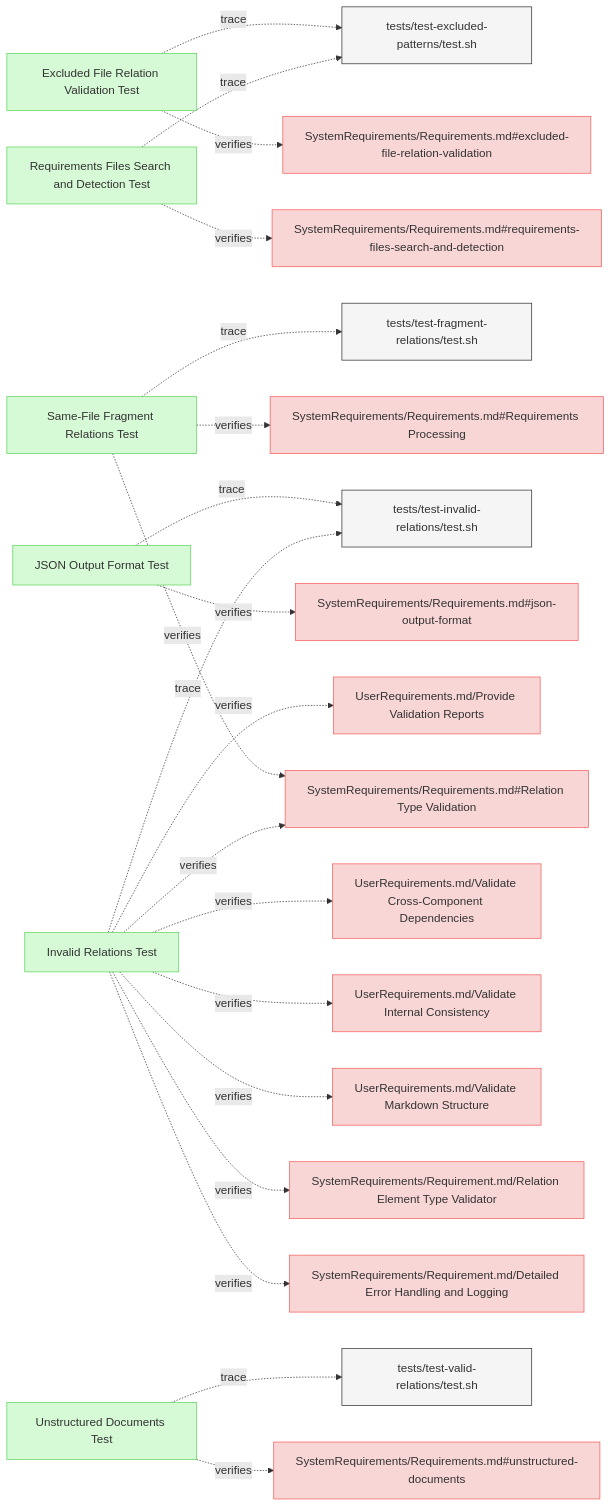
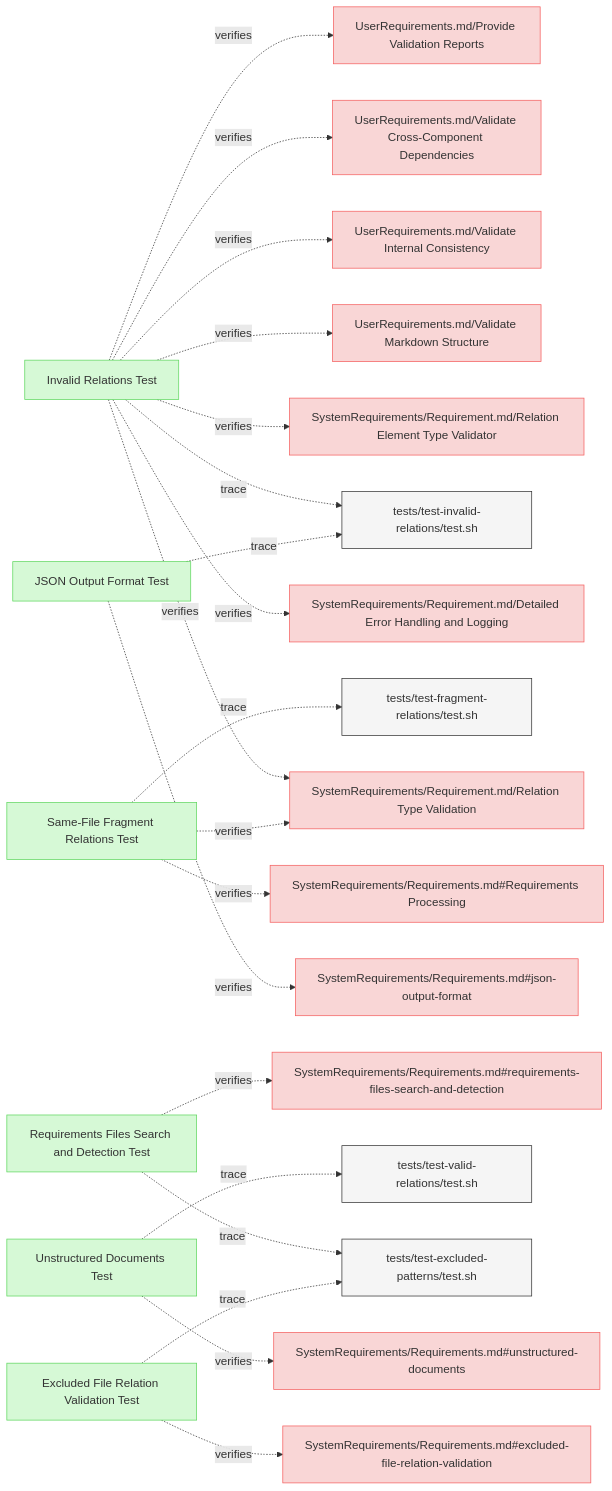
One commit to reqvire-org/reqvire changed the first of 2 diagrams in specifications/Verifications/ValidationTests.md. Above: the diagram before and after it, drawn with Mermaid. The commit also changed 15 other files, not shown here.

Commit message:
Linted and new diagrams generated.

````diff
--- a/specifications/Verifications/ValidationTests.md
+++ b/specifications/Verifications/ValidationTests.md
@@ -11,89 +11,89 @@
   classDef externalLink fill:#d0e0ff,stroke:#3080ff,stroke-width:1px;
   classDef default fill:#f5f5f5,stroke:#333333,stroke-width:1px;
 
+  a24c2f4208509008["Invalid Relations Test"];
+  click a24c2f4208509008 "https://github.com/Reqvire/reqvire/blob/b8c43d2689b933838bf1838d8a4cdf3393c9014f/specifications/Verifications/ValidationTests.md#invalid-relations-test";
+  class a24c2f4208509008 verification;
+  d72f6096b9a5dd8e["SystemRequirements/Requirement.md/Detailed Error Handling and Logging"];
+  class d72f6096b9a5dd8e requirement;
+  click d72f6096b9a5dd8e "https://github.com/Reqvire/reqvire/blob/b8c43d2689b933838bf1838d8a4cdf3393c9014f/specifications/SystemRequirements/Requirements.md#detailed-error-handling-and-logging";
+  a24c2f4208509008 -.->|verifies| d72f6096b9a5dd8e;
+  bff4e3e834a9ffcc["SystemRequirements/Requirement.md/Relation Type Validation"];
+  class bff4e3e834a9ffcc requirement;
+  click bff4e3e834a9ffcc "https://github.com/Reqvire/reqvire/blob/b8c43d2689b933838bf1838d8a4cdf3393c9014f/specifications/SystemRequirements/Requirements.md#relation-type-validation";
+  a24c2f4208509008 -.->|verifies| bff4e3e834a9ffcc;
+  774d12db509b4a55["SystemRequirements/Requirement.md/Relation Element Type Validator"];
+  class 774d12db509b4a55 requirement;
+  click 774d12db509b4a55 "https://github.com/Reqvire/reqvire/blob/b8c43d2689b933838bf1838d8a4cdf3393c9014f/specifications/SystemRequirements/Requirements.md#relation-element-type-validator";
+  a24c2f4208509008 -.->|verifies| 774d12db509b4a55;
+  7ec3cb7f400a2e8d["UserRequirements.md/Validate Markdown Structure"];
+  class 7ec3cb7f400a2e8d requirement;
+  click 7ec3cb7f400a2e8d "https://github.com/Reqvire/reqvire/blob/b8c43d2689b933838bf1838d8a4cdf3393c9014f/specifications/UserRequirements.md#validate-markdown-structure";
+  a24c2f4208509008 -.->|verifies| 7ec3cb7f400a2e8d;
+  f9182ad2999d989c["UserRequirements.md/Validate Internal Consistency"];
+  class f9182ad2999d989c requirement;
+  click f9182ad2999d989c "https://github.com/Reqvire/reqvire/blob/b8c43d2689b933838bf1838d8a4cdf3393c9014f/specifications/UserRequirements.md#validate-internal-consistency";
+  a24c2f4208509008 -.->|verifies| f9182ad2999d989c;
+  ee05a46627b568b7["UserRequirements.md/Validate Cross-Component Dependencies"];
+  class ee05a46627b568b7 requirement;
+  click ee05a46627b568b7 "https://github.com/Reqvire/reqvire/blob/b8c43d2689b933838bf1838d8a4cdf3393c9014f/specifications/UserRequirements.md#validate-cross-component-dependencies";
+  a24c2f4208509008 -.->|verifies| ee05a46627b568b7;
+  2d3cfde19fc6bb79["UserRequirements.md/Provide Validation Reports"];
+  class 2d3cfde19fc6bb79 requirement;
+  click 2d3cfde19fc6bb79 "https://github.com/Reqvire/reqvire/blob/b8c43d2689b933838bf1838d8a4cdf3393c9014f/specifications/UserRequirements.md#provide-validation-reports";
+  a24c2f4208509008 -.->|verifies| 2d3cfde19fc6bb79;
+  36d2b2cb50297425["tests/test-invalid-relations/test.sh"];
+  class 36d2b2cb50297425 default;
+  click 36d2b2cb50297425 "https://github.com/Reqvire/reqvire/blob/b8c43d2689b933838bf1838d8a4cdf3393c9014f/tests/test-invalid-relations/test.sh";
+  a24c2f4208509008 -.->|trace| 36d2b2cb50297425;
+  ec87ed0e04fcf5c6["JSON Output Format Test"];
+  click ec87ed0e04fcf5c6 "https://github.com/Reqvire/reqvire/blob/b8c43d2689b933838bf1838d8a4cdf3393c9014f/specifications/Verifications/ValidationTests.md#json-output-format-test";
+  class ec87ed0e04fcf5c6 verification;
+  bf6c9ff8abbc637b["SystemRequirements/Requirements.md#json-output-format"];
+  class bf6c9ff8abbc637b requirement;
+  click bf6c9ff8abbc637b "https://github.com/Reqvire/reqvire/blob/b8c43d2689b933838bf1838d8a4cdf3393c9014f/specifications/SystemRequirements/Requirements.md#json-output-format";
+  ec87ed0e04fcf5c6 -.->|verifies| bf6c9ff8abbc637b;
+  ec87ed0e04fcf5c6 -.->|trace| 36d2b2cb50297425;
+  51427eae92058e14["Same-File Fragment Relations Test"];
+  click 51427eae92058e14 "https://github.com/Reqvire/reqvire/blob/b8c43d2689b933838bf1838d8a4cdf3393c9014f/specifications/Verifications/ValidationTests.md#same-file-fragment-relations-test";
+  class 51427eae92058e14 verification;
+  51427eae92058e14 -.->|verifies| bff4e3e834a9ffcc;
+  f24f11691f55af62["SystemRequirements/Requirements.md#Requirements Processing"];
+  class f24f11691f55af62 requirement;
+  click f24f11691f55af62 "https://github.com/Reqvire/reqvire/blob/b8c43d2689b933838bf1838d8a4cdf3393c9014f/specifications/SystemRequirements/Requirements.md#requirements-processing";
+  51427eae92058e14 -.->|verifies| f24f11691f55af62;
+  a4c8929dc751b4b1["tests/test-fragment-relations/test.sh"];
+  class a4c8929dc751b4b1 default;
+  click a4c8929dc751b4b1 "https://github.com/Reqvire/reqvire/blob/b8c43d2689b933838bf1838d8a4cdf3393c9014f/tests/test-fragment-relations/test.sh";
+  51427eae92058e14 -.->|trace| a4c8929dc751b4b1;
+  5bf3bc3f9637ec2c["Requirements Files Search and Detection Test"];
+  click 5bf3bc3f9637ec2c "https://github.com/Reqvire/reqvire/blob/b8c43d2689b933838bf1838d8a4cdf3393c9014f/specifications/Verifications/ValidationTests.md#requirements-files-search-and-detection-test";
+  class 5bf3bc3f9637ec2c verification;
+  33b15634cbc8d029["SystemRequirements/Requirements.md#requirements-files-search-and-detection"];
+  class 33b15634cbc8d029 requirement;
+  click 33b15634cbc8d029 "https://github.com/Reqvire/reqvire/blob/b8c43d2689b933838bf1838d8a4cdf3393c9014f/specifications/SystemRequirements/Requirements.md#requirements-files-search-and-detection";
+  5bf3bc3f9637ec2c -.->|verifies| 33b15634cbc8d029;
+  ec11a68aa5b4bdc1["tests/test-excluded-patterns/test.sh"];
+  class ec11a68aa5b4bdc1 default;
+  click ec11a68aa5b4bdc1 "https://github.com/Reqvire/reqvire/blob/b8c43d2689b933838bf1838d8a4cdf3393c9014f/tests/test-excluded-patterns/test.sh";
+  5bf3bc3f9637ec2c -.->|trace| ec11a68aa5b4bdc1;
+  94776cf061319810["Unstructured Documents Test"];
+  click 94776cf061319810 "https://github.com/Reqvire/reqvire/blob/b8c43d2689b933838bf1838d8a4cdf3393c9014f/specifications/Verifications/ValidationTests.md#unstructured-documents-test";
+  class 94776cf061319810 verification;
+  3f1abb8fd2d7c9c2["SystemRequirements/Requirements.md#unstructured-documents"];
+  class 3f1abb8fd2d7c9c2 requirement;
+  click 3f1abb8fd2d7c9c2 "https://github.com/Reqvire/reqvire/blob/b8c43d2689b933838bf1838d8a4cdf3393c9014f/specifications/SystemRequirements/Requirements.md#unstructured-documents";
+  94776cf061319810 -.->|verifies| 3f1abb8fd2d7c9c2;
+  7cf643f1c1578783["tests/test-valid-relations/test.sh"];
+  class 7cf643f1c1578783 default;
+  click 7cf643f1c1578783 "https://github.com/Reqvire/reqvire/blob/b8c43d2689b933838bf1838d8a4cdf3393c9014f/tests/test-valid-relations/test.sh";
+  94776cf061319810 -.->|trace| 7cf643f1c1578783;
   19bbc820b0234421["Excluded File Relation Validation Test"];
-  click 19bbc820b0234421 "https://github.com/Reqvire/reqvire/blob/f18e52f9f88c64f67a79abc4e93eb74b3ec22615/specifications/Verifications/ValidationTests.md#excluded-file-relation-validation-test";
+  click 19bbc820b0234421 "https://github.com/Reqvire/reqvire/blob/b8c43d2689b933838bf1838d8a4cdf3393c9014f/specifications/Verifications/ValidationTests.md#excluded-file-relation-validation-test";
   class 19bbc820b0234421 verification;
   3871ef72a30780e5["SystemRequirements/Requirements.md#excluded-file-relation-validation"];
   class 3871ef72a30780e5 requirement;
-  click 3871ef72a30780e5 "https://github.com/Reqvire/reqvire/blob/f18e52f9f88c64f67a79abc4e93eb74b3ec22615/specifications/SystemRequirements/Requirements.md#excluded-file-relation-validation";
+  click 3871ef72a30780e5 "https://github.com/Reqvire/reqvire/blob/b8c43d2689b933838bf1838d8a4cdf3393c9014f/specifications/SystemRequirements/Requirements.md#excluded-file-relation-validation";
   19bbc820b0234421 -.->|verifies| 3871ef72a30780e5;
-  ec11a68aa5b4bdc1["tests/test-excluded-patterns/test.sh"];
-  class ec11a68aa5b4bdc1 default;
-  click ec11a68aa5b4bdc1 "https://github.com/Reqvire/reqvire/blob/f18e52f9f88c64f67a79abc4e93eb74b3ec22615/tests/test-excluded-patterns/test.sh";
   19bbc820b0234421 -.->|trace| ec11a68aa5b4bdc1;
-  ec87ed0e04fcf5c6["JSON Output Format Test"];
-  click ec87ed0e04fcf5c6 "https://github.com/Reqvire/reqvire/blob/f18e52f9f88c64f67a79abc4e93eb74b3ec22615/specifications/Verifications/ValidationTests.md#json-output-format-test";
-  class ec87ed0e04fcf5c6 verification;
-  bf6c9ff8abbc637b["SystemRequirements/Requirements.md#json-output-format"];
-  class bf6c9ff8abbc637b requirement;
-  click bf6c9ff8abbc637b "https://github.com/Reqvire/reqvire/blob/f18e52f9f88c64f67a79abc4e93eb74b3ec22615/specifications/SystemRequirements/Requirements.md#json-output-format";
-  ec87ed0e04fcf5c6 -.->|verifies| bf6c9ff8abbc637b;
-  36d2b2cb50297425["tests/test-invalid-relations/test.sh"];
-  class 36d2b2cb50297425 default;
-  click 36d2b2cb50297425 "https://github.com/Reqvire/reqvire/blob/f18e52f9f88c64f67a79abc4e93eb74b3ec22615/tests/test-invalid-relations/test.sh";
-  ec87ed0e04fcf5c6 -.->|trace| 36d2b2cb50297425;
-  51427eae92058e14["Same-File Fragment Relations Test"];
-  click 51427eae92058e14 "https://github.com/Reqvire/reqvire/blob/f18e52f9f88c64f67a79abc4e93eb74b3ec22615/specifications/Verifications/ValidationTests.md#same-file-fragment-relations-test";
-  class 51427eae92058e14 verification;
-  bff4e3e834a9ffcc["SystemRequirements/Requirements.md#Relation Type Validation"];
-  class bff4e3e834a9ffcc requirement;
-  click bff4e3e834a9ffcc "https://github.com/Reqvire/reqvire/blob/f18e52f9f88c64f67a79abc4e93eb74b3ec22615/specifications/SystemRequirements/Requirements.md#relation-type-validation";
-  51427eae92058e14 -.->|verifies| bff4e3e834a9ffcc;
-  f24f11691f55af62["SystemRequirements/Requirements.md#Requirements Processing"];
-  class f24f11691f55af62 requirement;
-  click f24f11691f55af62 "https://github.com/Reqvire/reqvire/blob/f18e52f9f88c64f67a79abc4e93eb74b3ec22615/specifications/SystemRequirements/Requirements.md#requirements-processing";
-  51427eae92058e14 -.->|verifies| f24f11691f55af62;
-  a4c8929dc751b4b1["tests/test-fragment-relations/test.sh"];
-  class a4c8929dc751b4b1 default;
-  click a4c8929dc751b4b1 "https://github.com/Reqvire/reqvire/blob/f18e52f9f88c64f67a79abc4e93eb74b3ec22615/tests/test-fragment-relations/test.sh";
-  51427eae92058e14 -.->|trace| a4c8929dc751b4b1;
-  a24c2f4208509008["Invalid Relations Test"];
-  click a24c2f4208509008 "https://github.com/Reqvire/reqvire/blob/f18e52f9f88c64f67a79abc4e93eb74b3ec22615/specifications/Verifications/ValidationTests.md#invalid-relations-test";
-  class a24c2f4208509008 verification;
-  d72f6096b9a5dd8e["SystemRequirements/Requirement.md/Detailed Error Handling and Logging"];
-  class d72f6096b9a5dd8e requirement;
-  click d72f6096b9a5dd8e "https://github.com/Reqvire/reqvire/blob/f18e52f9f88c64f67a79abc4e93eb74b3ec22615/specifications/SystemRequirements/Requirements.md#detailed-error-handling-and-logging";
-  a24c2f4208509008 -.->|verifies| d72f6096b9a5dd8e;
-  a24c2f4208509008 -.->|verifies| bff4e3e834a9ffcc;
-  774d12db509b4a55["SystemRequirements/Requirement.md/Relation Element Type Validator"];
-  class 774d12db509b4a55 requirement;
-  click 774d12db509b4a55 "https://github.com/Reqvire/reqvire/blob/f18e52f9f88c64f67a79abc4e93eb74b3ec22615/specifications/SystemRequirements/Requirements.md#relation-element-type-validator";
-  a24c2f4208509008 -.->|verifies| 774d12db509b4a55;
-  7ec3cb7f400a2e8d["UserRequirements.md/Validate Markdown Structure"];
-  class 7ec3cb7f400a2e8d requirement;
-  click 7ec3cb7f400a2e8d "https://github.com/Reqvire/reqvire/blob/f18e52f9f88c64f67a79abc4e93eb74b3ec22615/specifications/UserRequirements.md#validate-markdown-structure";
-  a24c2f4208509008 -.->|verifies| 7ec3cb7f400a2e8d;
-  f9182ad2999d989c["UserRequirements.md/Validate Internal Consistency"];
-  class f9182ad2999d989c requirement;
-  click f9182ad2999d989c "https://github.com/Reqvire/reqvire/blob/f18e52f9f88c64f67a79abc4e93eb74b3ec22615/specifications/UserRequirements.md#validate-internal-consistency";
-  a24c2f4208509008 -.->|verifies| f9182ad2999d989c;
-  ee05a46627b568b7["UserRequirements.md/Validate Cross-Component Dependencies"];
-  class ee05a46627b568b7 requirement;
-  click ee05a46627b568b7 "https://github.com/Reqvire/reqvire/blob/f18e52f9f88c64f67a79abc4e93eb74b3ec22615/specifications/UserRequirements.md#validate-cross-component-dependencies";
-  a24c2f4208509008 -.->|verifies| ee05a46627b568b7;
-  2d3cfde19fc6bb79["UserRequirements.md/Provide Validation Reports"];
-  class 2d3cfde19fc6bb79 requirement;
-  click 2d3cfde19fc6bb79 "https://github.com/Reqvire/reqvire/blob/f18e52f9f88c64f67a79abc4e93eb74b3ec22615/specifications/UserRequirements.md#provide-validation-reports";
-  a24c2f4208509008 -.->|verifies| 2d3cfde19fc6bb79;
-  a24c2f4208509008 -.->|trace| 36d2b2cb50297425;
-  94776cf061319810["Unstructured Documents Test"];
-  click 94776cf061319810 "https://github.com/Reqvire/reqvire/blob/f18e52f9f88c64f67a79abc4e93eb74b3ec22615/specifications/Verifications/ValidationTests.md#unstructured-documents-test";
-  class 94776cf061319810 verification;
-  3f1abb8fd2d7c9c2["SystemRequirements/Requirements.md#unstructured-documents"];
-  class 3f1abb8fd2d7c9c2 requirement;
-  click 3f1abb8fd2d7c9c2 "https://github.com/Reqvire/reqvire/blob/f18e52f9f88c64f67a79abc4e93eb74b3ec22615/specifications/SystemRequirements/Requirements.md#unstructured-documents";
-  94776cf061319810 -.->|verifies| 3f1abb8fd2d7c9c2;
-  7cf643f1c1578783["tests/test-valid-relations/test.sh"];
-  class 7cf643f1c1578783 default;
-  click 7cf643f1c1578783 "https://github.com/Reqvire/reqvire/blob/f18e52f9f88c64f67a79abc4e93eb74b3ec22615/tests/test-valid-relations/test.sh";
-  94776cf061319810 -.->|trace| 7cf643f1c1578783;
-  5bf3bc3f9637ec2c["Requirements Files Search and Detection Test"];
-  click 5bf3bc3f9637ec2c "https://github.com/Reqvire/reqvire/blob/f18e52f9f88c64f67a79abc4e93eb74b3ec22615/specifications/Verifications/ValidationTests.md#requirements-files-search-and-detection-test";
-  class 5bf3bc3f9637ec2c verification;
-  33b15634cbc8d029["SystemRequirements/Requirements.md#requirements-files-search-and-detection"];
-  class 33b15634cbc8d029 requirement;
-  click 33b15634cbc8d029 "https://github.com/Reqvire/reqvire/blob/f18e52f9f88c64f67a79abc4e93eb74b3ec22615/specifications/SystemRequirements/Requirements.md#requirements-files-search-and-detection";
-  5bf3bc3f9637ec2c -.->|verifies| 33b15634cbc8d029;
-  5bf3bc3f9637ec2c -.->|trace| ec11a68aa5b4bdc1;
 ```
````
